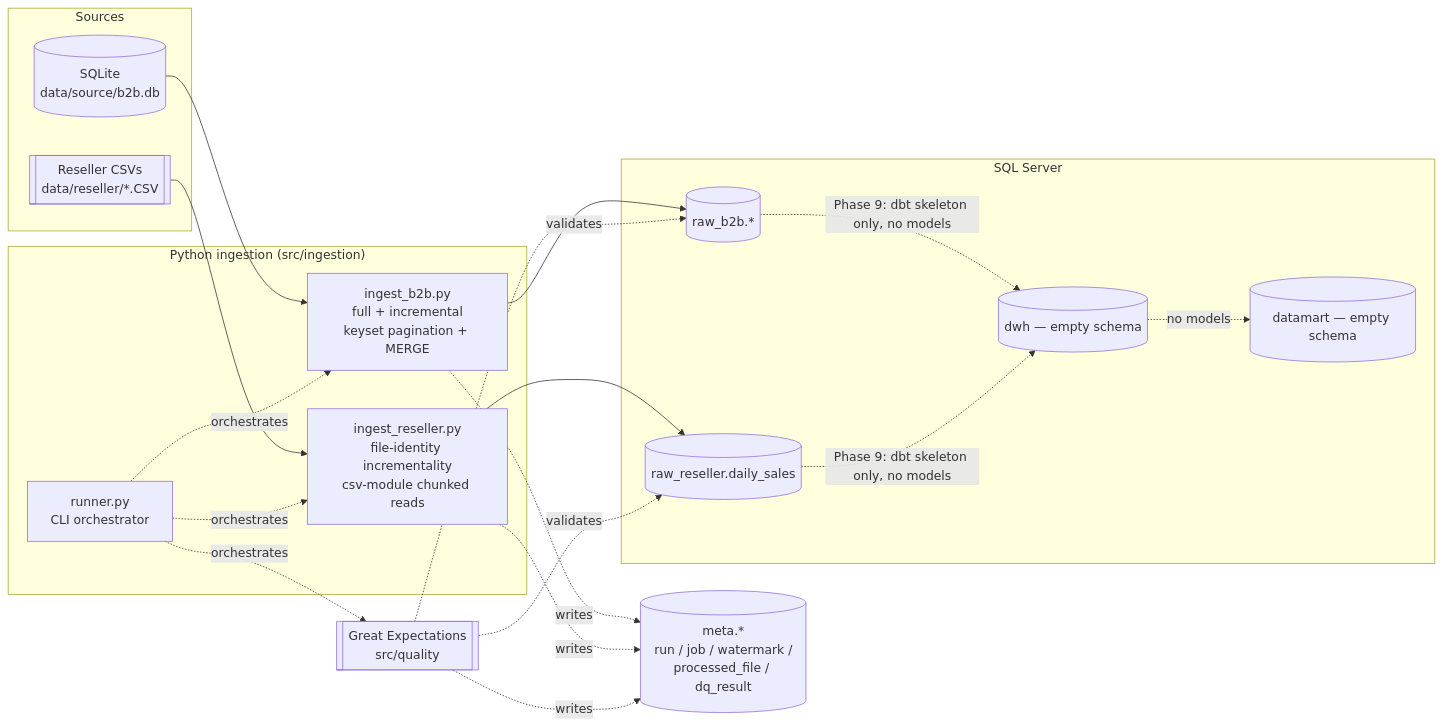
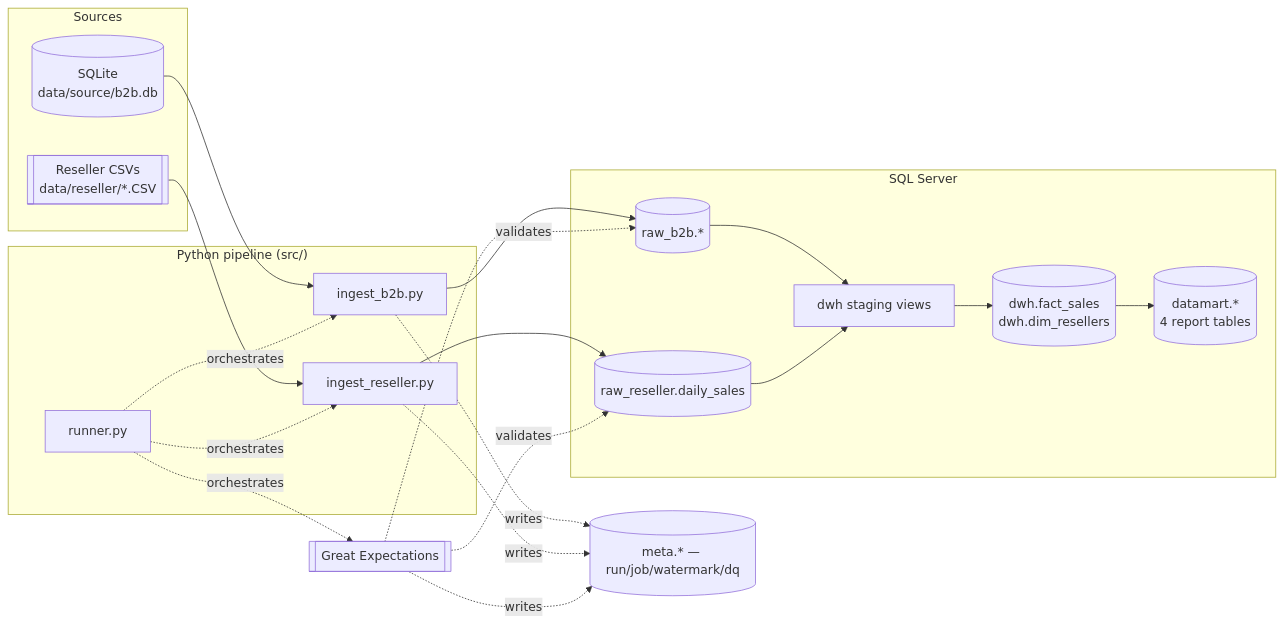
Before and after one commit to ioane-gh/Toptal: the diagram in README.md, drawn with Mermaid. The commit also changed other lines of this file, not shown here.

Commit message:
Rewrite README: step-by-step execution walkthrough, updated architecture with the dbt layer

````diff
--- a/README.md
+++ b/README.md
@@ -106,39 +21,35 @@
 ```mermaid
 flowchart LR
     subgraph Sources
         SQLITE[("SQLite\ndata/source/b2b.db")]
         CSV[["Reseller CSVs\ndata/reseller/*.CSV"]]
     end
 
-    subgraph Ingestion["Python ingestion (src/ingestion)"]
-        B2B[ingest_b2b.py\nfull + incremental\nkeyset pagination + MERGE]
-        RESELLER[ingest_reseller.py\nfile-identity incrementality\ncsv-module chunked reads]
-        RUNNER[runner.py\nCLI orchestrator]
+    subgraph Python["Python pipeline (src/)"]
+        B2B[ingest_b2b.py]
+        RESELLER[ingest_reseller.py]
+        RUNNER[runner.py]
     end
 
     subgraph SQLServer["SQL Server"]
         RAWB2B[(raw_b2b.*)]
         RAWRESELLER[(raw_reseller.daily_sales)]
-        DWH[(dwh — empty schema)]
-        DATAMART[(datamart — empty schema)]
+        STG[dwh staging views]
+        FACT[(dwh.fact_sales\ndwh.dim_resellers)]
+        MART[(datamart.*\n4 report tables)]
     end
 
-    META[(meta.*\nrun / job / watermark /\nprocessed_file / dq_result)]
-    GX[[Great Expectations\nsrc/quality]]
+    META[(meta.* — run/job/watermark/dq)]
+    GX[[Great Expectations]]
 
     SQLITE --> B2B --> RAWB2B
     CSV --> RESELLER --> RAWRESELLER
-    RUNNER -.orchestrates.-> B2B
-    RUNNER -.orchestrates.-> RESELLER
-    RUNNER -.orchestrates.-> GX
+    RUNNER -.orchestrates.-> B2B & RESELLER & GX
 
-    B2B -. writes .-> META
-    RESELLER -. writes .-> META
-    GX -. writes .-> META
-    GX -. validates .-> RAWB2B
-    GX -. validates .-> RAWRESELLER
+    RAWB2B --> STG
+    RAWRESELLER --> STG
+    STG --> FACT --> MART
 
-    RAWB2B -.Phase 9: dbt skeleton only, no models.-> DWH
-    RAWRESELLER -.Phase 9: dbt skeleton only, no models.-> DWH
-    DWH -.no models.-> DATAMART
+    B2B & RESELLER & GX -. writes .-> META
+    GX -. validates .-> RAWB2B & RAWRESELLER
 ```
````
